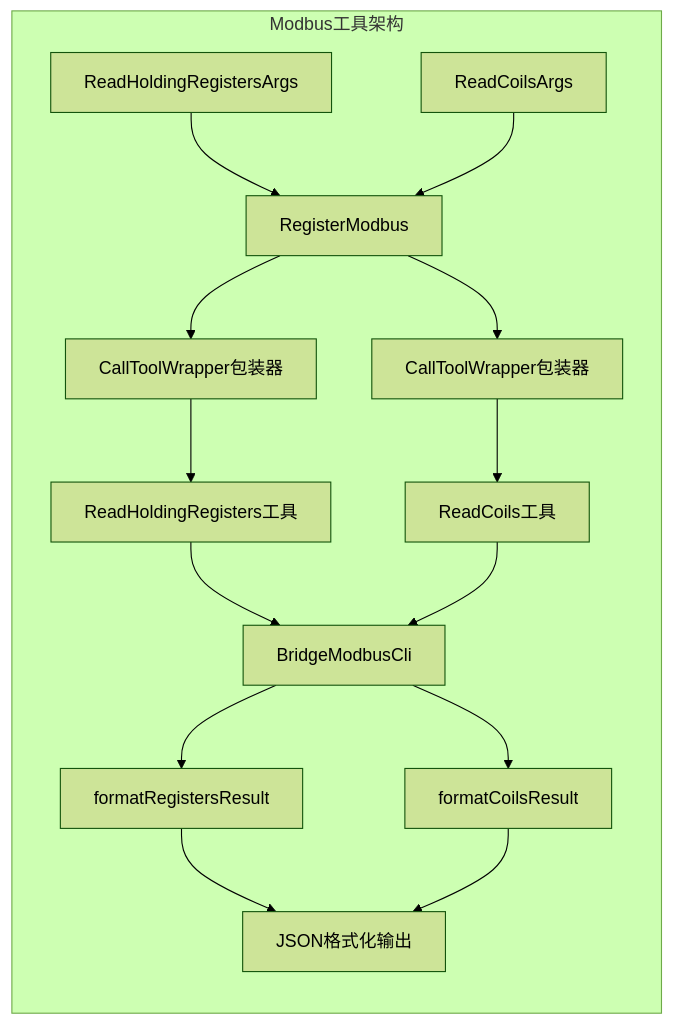
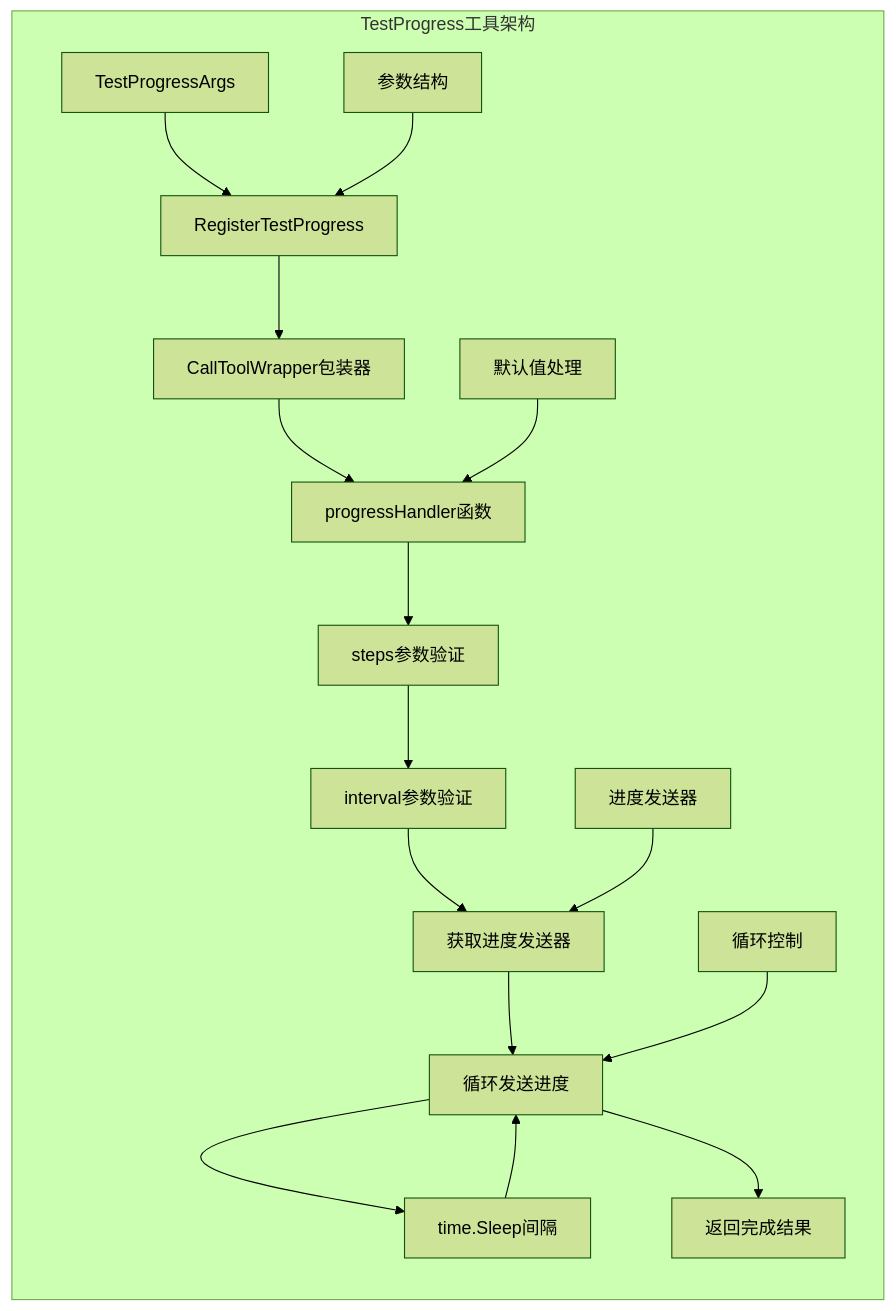
One commit to maomao94/zero-service changed the tenth of 18 diagrams in .qoder/repowiki/zh/content/AI应用模块/MCP服务器.md. Above: the diagram before and after it, drawn with Mermaid (forest theme). The commit also changed other lines of this file and 42 other files, not shown here.

````diff
--- a/.qoder/repowiki/zh/content/AI应用模块/MCP服务器.md
+++ b/.qoder/repowiki/zh/content/AI应用模块/MCP服务器.md
@@ -464,17 +562,19 @@
 ```mermaid
 graph LR
-subgraph "Modbus工具架构"
-A["ReadHoldingRegistersArgs"] --> B["RegisterModbus"]
+subgraph "TestProgress工具架构"
+A["TestProgressArgs"] --> B["RegisterTestProgress"]
 B --> C["CallToolWrapper包装器"]
-C --> D["ReadHoldingRegisters工具"]
-D --> E["BridgeModbusCli"]
-E --> F["formatRegistersResult"]
-F --> G["JSON格式化输出"]
-A2["ReadCoilsArgs"] --> B
-B --> H["CallToolWrapper包装器"]
-H --> I["ReadCoils工具"]
-I --> E
-E --> J["formatCoilsResult"]
-J --> G
+C --> D["progressHandler函数"]
+D --> E["steps参数验证"]
+E --> F["interval参数验证"]
+F --> G["获取进度发送器"]
+G --> H["循环发送进度"]
+H --> I["time.Sleep间隔"]
+I --> H
+H --> J["返回完成结果"]
+A2["参数结构"] --> B
+A3["默认值处理"] --> D
+A4["进度发送器"] --> G
+A5["循环控制"] --> H
 end
 ```
````
